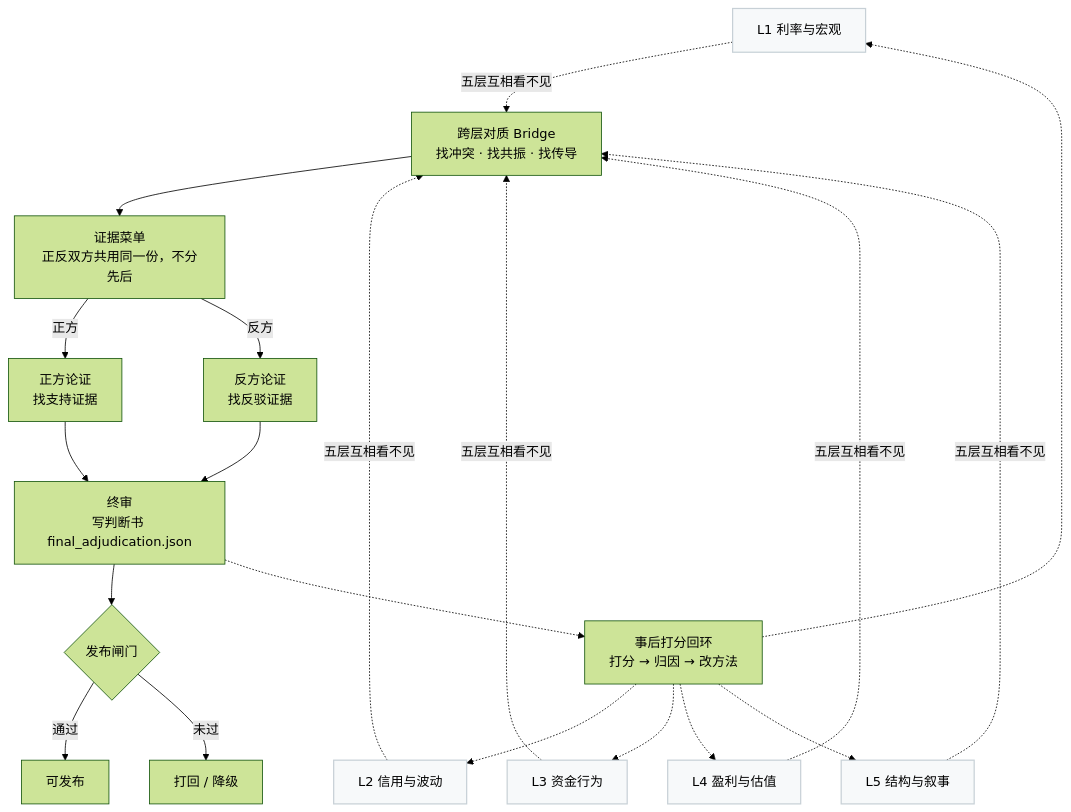
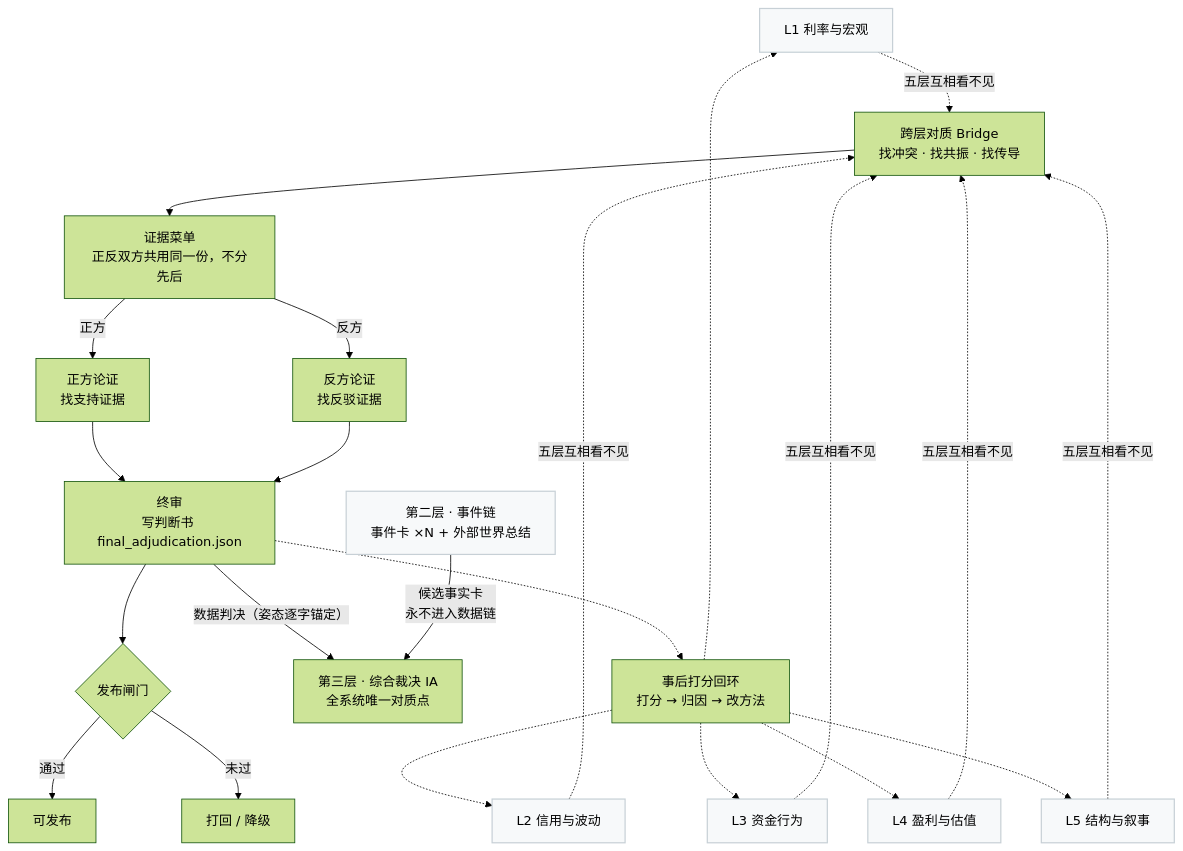
The diagram in 系统说明书.md (aidianchi/NDX_VNEXT), drawn with Mermaid (forest theme) before and after one commit. The commit also changed other lines of this file and 81 other files, not shown here.

````diff
--- a/系统说明书.md
+++ b/系统说明书.md
@@ -19,30 +19,34 @@
 ```mermaid
 flowchart TD
     L1[L1 利率与宏观]:::layer
     L2[L2 信用与波动]:::layer
     L3[L3 资金行为]:::layer
     L4[L4 盈利与估值]:::layer
     L5[L5 结构与叙事]:::layer
 
     L1 & L2 & L3 & L4 & L5 -. 五层互相看不见 .-> Bridge[跨层对质 Bridge<br/>找冲突 · 找共振 · 找传导]
     Bridge --> Menu[证据菜单<br/>正反双方共用同一份，不分先后]
 
     Menu -->|正方| Pros[正方论证<br/>找支持证据]
     Menu -->|反方| Cons[反方论证<br/>找反驳证据]
 
     Pros --> Final[终审<br/>写判断书 final_adjudication.json]
     Cons --> Final
 
     Final --> Gate{发布闸门}
     Gate -->|通过| Publish[可发布]
     Gate -->|未过| Reject[打回 / 降级]
 
+    EC[第二层 · 事件链<br/>事件卡 ×N + 外部世界总结]:::layer
+    Final -->|数据判决（姿态逐字锚定）| IA[第三层 · 综合裁决 IA<br/>全系统唯一对质点]
+    EC -->|候选事实卡<br/>永不进入数据链| IA
+
     Final -.-> ScoreLoop[事后打分回环<br/>打分 → 归因 → 改方法]
     ScoreLoop -.-> L1
     ScoreLoop -.-> L2
     ScoreLoop -.-> L3
     ScoreLoop -.-> L4
     ScoreLoop -.-> L5
 
     classDef layer fill:#f7f9fa,stroke:#c7d0d6,stroke-width:1.5px
 ```
````
